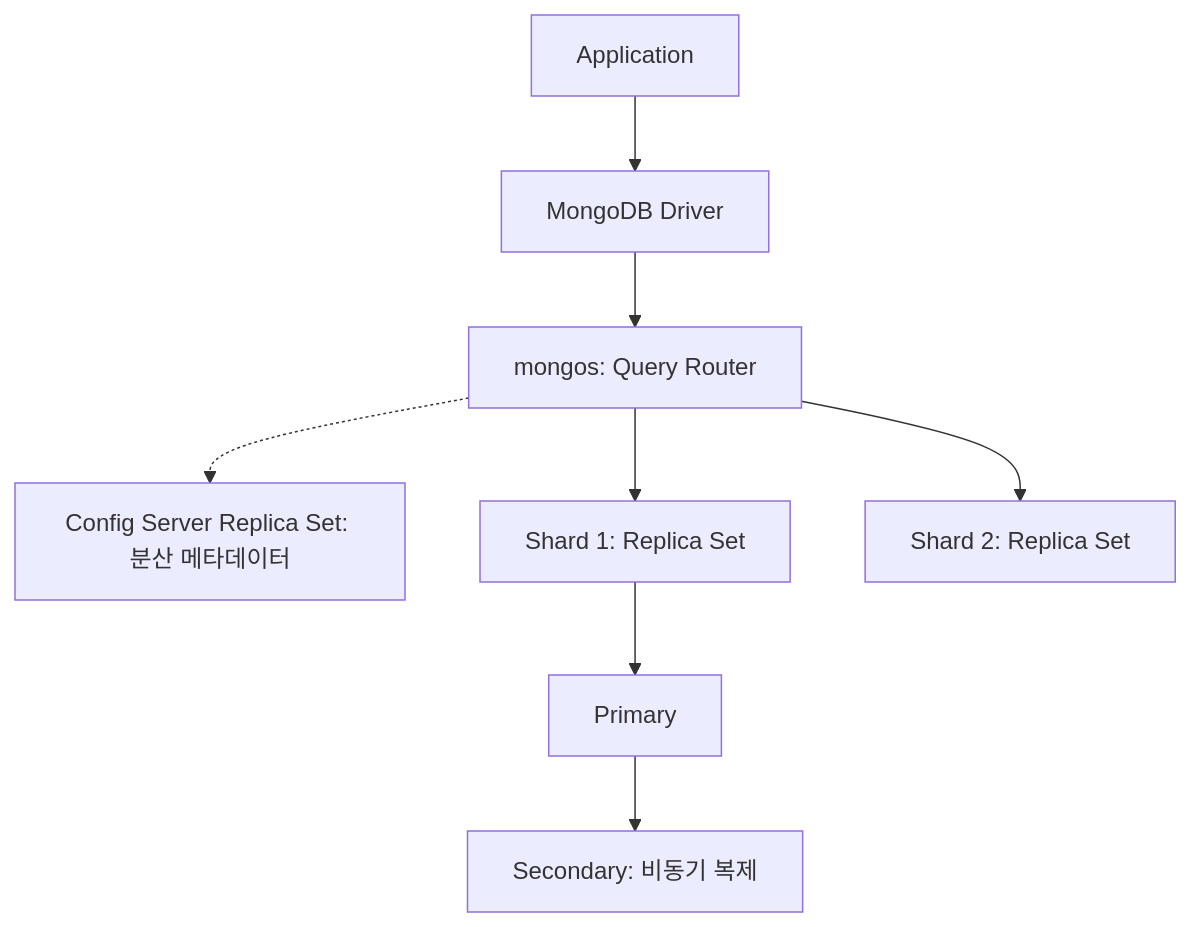
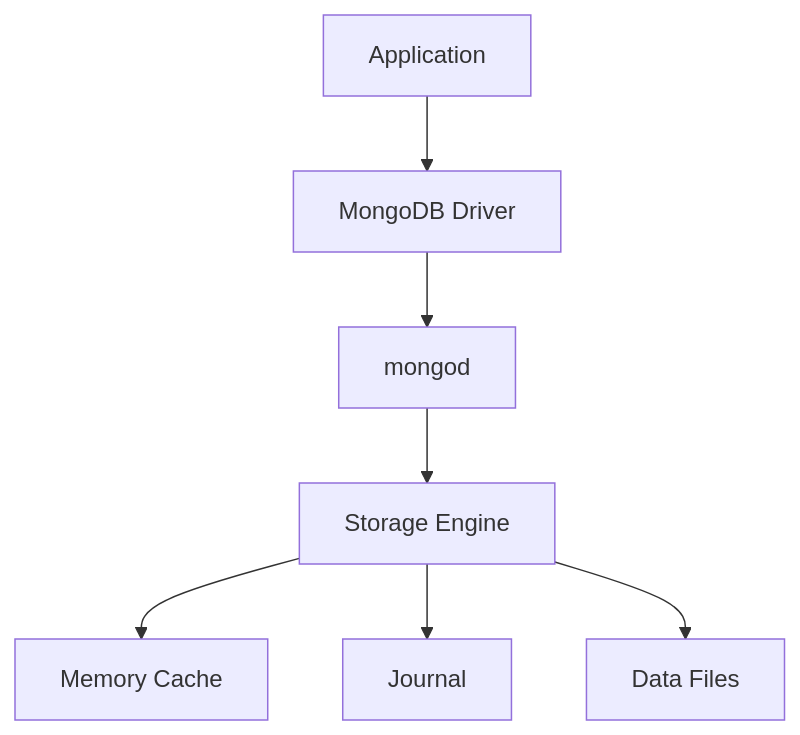
Before and after one commit to ysiksik/ysiksik.github.io: the seventh of 21 diagrams in _posts/study/smart-learning-ent/nosql-mongodb-easy-for-anyone-to-learn/2026-11-05-mongodb-structure-and-basic-concepts.md, drawn with Mermaid. The commit also changed other lines of this file and 10 other files, not shown here.

````diff
--- a/_posts/study/smart-learning-ent/nosql-mongodb-easy-for-anyone-to-learn/2026-11-05-mongodb-structure-and-basic-concepts.md
+++ b/_posts/study/smart-learning-ent/nosql-mongodb-easy-for-anyone-to-learn/2026-11-05-mongodb-structure-and-basic-concepts.md
@@ -91,10 +557,20 @@
 ```mermaid
 flowchart TD
-    A["Application"] --> B["MongoDB Driver"]
-    B --> C["mongos: Query Router"]
-    C -.-> D["Config Server Replica Set: 분산 메타데이터"]
-    C --> E["Shard 1: Replica Set"]
-    C --> F["Shard 2: Replica Set"]
-    E --> G["Primary"]
-    G --> H["Secondary: 비동기 복제"]
+    A["Application"]
+    B["MongoDB Driver"]
+    C["mongod"]
+
+    D["Storage Engine"]
+
+    E["Memory Cache"]
+    F["Journal"]
+    G["Data Files"]
+
+    A --> B
+    B --> C
+    C --> D
+
+    D --> E
+    D --> F
+    D --> G
 ```
````
